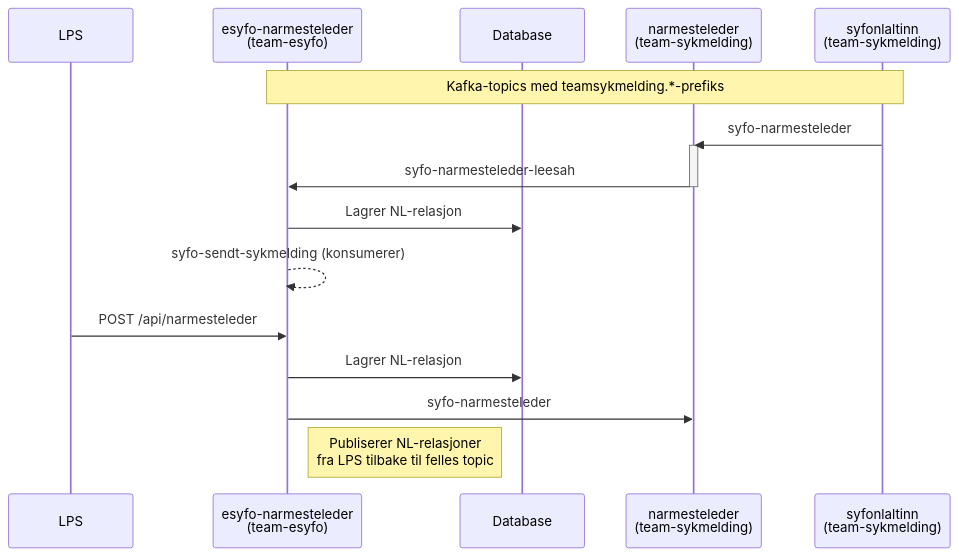
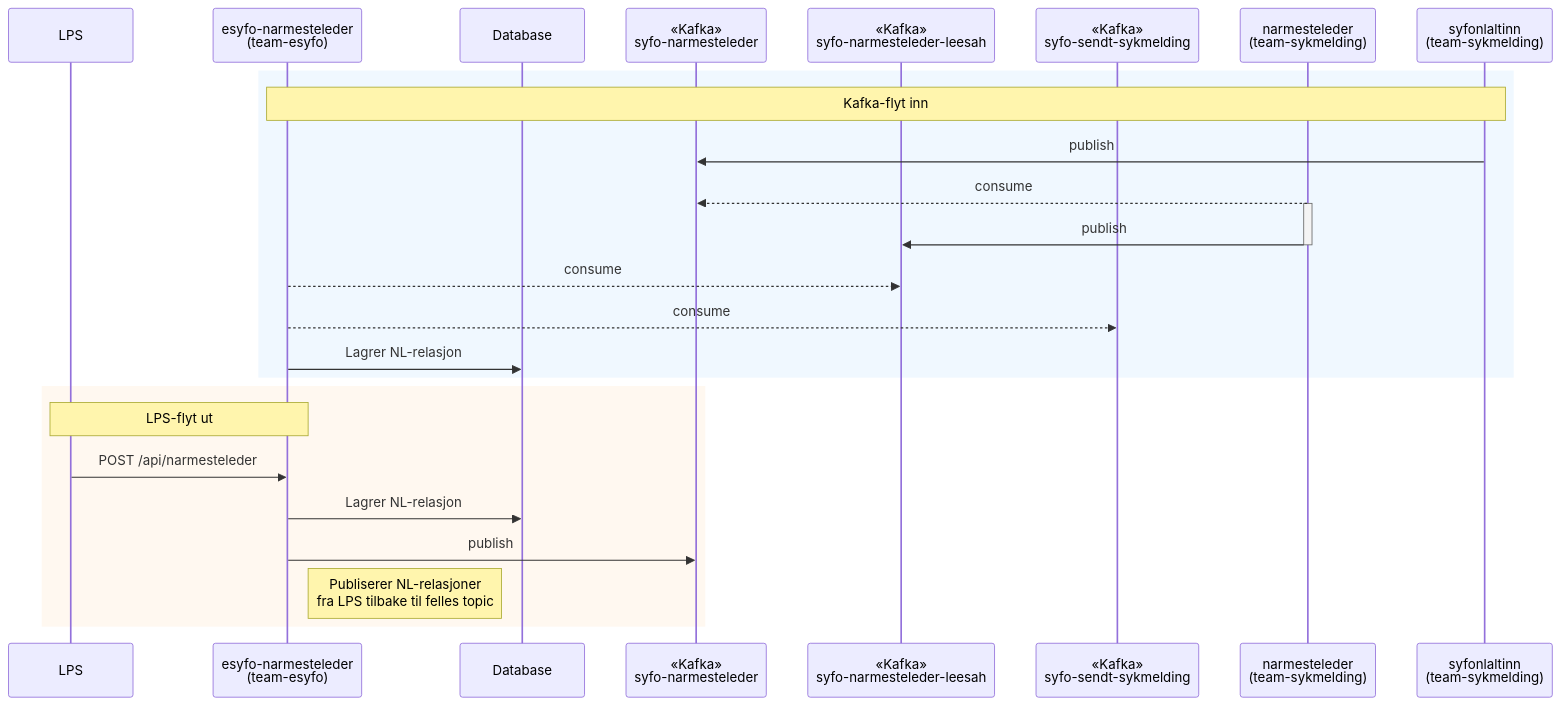
Before and after one commit to navikt/team-esyfo: the diagram in docs/arkitektur/narmesteleder.md, drawn with Mermaid. The commit also changed 1 other file, not shown here.

Commit message:
docs: modeller Kafka-topics som participants og legg til manglende badges
- narmesteleder.md: Kafka-topics er nå eksplisitte participants i
  sekvensdiagrammet med tydelig publish/consume-semantikk
- repositories.md: legg til manglende badges for dinesykmeldte-sidemeny,
  dialogmote-mikrofrontend, esyfo-microfrontends, syfooppdfgen og
  teamesyfo-github-actions-workflows

````diff
--- a/docs/arkitektur/narmesteleder.md
+++ b/docs/arkitektur/narmesteleder.md
@@ -11,23 +11,33 @@
 ```mermaid
 sequenceDiagram
     participant LPS as LPS
     participant esyfo as esyfo-narmesteleder<br/>(team-esyfo)
     participant DB as Database
+    participant t_nl as «Kafka»<br/>syfo-narmesteleder
+    participant t_leesah as «Kafka»<br/>syfo-narmesteleder-leesah
+    participant t_sm as «Kafka»<br/>syfo-sendt-sykmelding
     participant nl as narmesteleder<br/>(team-sykmelding)
     participant altinn as syfonlaltinn<br/>(team-sykmelding)
 
-    Note over esyfo,altinn: Kafka-topics med teamsykmelding.*-prefiks
+    rect rgb(240, 248, 255)
+    Note over altinn,esyfo: Kafka-flyt inn
 
-    altinn->>nl: syfo-narmesteleder
+    altinn->>t_nl: publish
+    nl-->>t_nl: consume
     activate nl
-    nl->>esyfo: syfo-narmesteleder-leesah
+    nl->>t_leesah: publish
     deactivate nl
+    esyfo-->>t_leesah: consume
+    esyfo-->>t_sm: consume
+    esyfo->>DB: Lagrer NL-relasjon
+    end
 
-    esyfo->>DB: Lagrer NL-relasjon
-    esyfo-->>esyfo: syfo-sendt-sykmelding (konsumerer)
+    rect rgb(255, 248, 240)
+    Note over LPS,esyfo: LPS-flyt ut
 
     LPS->>esyfo: POST /api/narmesteleder
     esyfo->>DB: Lagrer NL-relasjon
-    esyfo->>nl: syfo-narmesteleder
+    esyfo->>t_nl: publish
     Note right of esyfo: Publiserer NL-relasjoner<br/>fra LPS tilbake til felles topic
+    end
 ```
````
